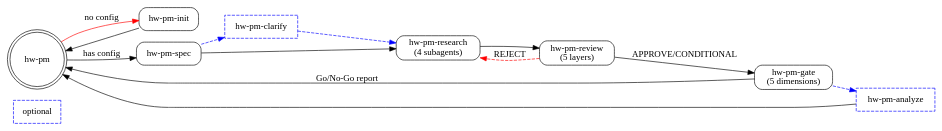
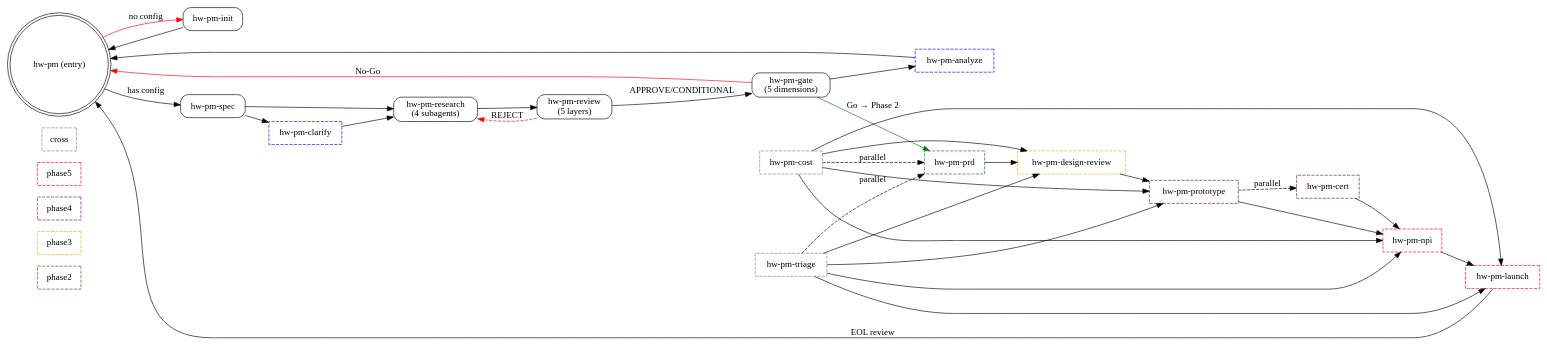
The diagram in README.md (visioner3d/hw-pm-skills), drawn with Graphviz before and after one commit. The commit also changed other lines of this file and 11 other files, not shown here.

````diff
--- a/README.md
+++ b/README.md
@@ -38,29 +46,60 @@
 ```dot
 digraph workflow {
     rankdir=LR;
     node [shape=box, style=rounded];
-    optional [style=dashed, color=blue];
+    phase2 [style=dashed, color=green];
+    phase3 [style=dashed, color=orange];
+    phase4 [style=dashed, color=purple];
+    phase5 [style=dashed, color=red];
+    cross [style=dashed, color=gray];
 
-    entry [label="hw-pm", shape=doublecircle];
+    entry [label="hw-pm (entry)", shape=doublecircle];
     init [label="hw-pm-init"];
     spec [label="hw-pm-spec"];
     clarify [label="hw-pm-clarify", style=dashed, color=blue];
     research [label="hw-pm-research\n(4 subagents)"];
     review [label="hw-pm-review\n(5 layers)"];
     gate [label="hw-pm-gate\n(5 dimensions)"];
     analyze [label="hw-pm-analyze", style=dashed, color=blue];
 
+    prd [label="hw-pm-prd", style=dashed, color=green];
+    design [label="hw-pm-design-review", style=dashed, color=orange];
+    proto [label="hw-pm-prototype", style=dashed, color=purple];
+    cert [label="hw-pm-cert", style=dashed, color=purple];
+    npi [label="hw-pm-npi", style=dashed, color=red];
+    launch [label="hw-pm-launch", style=dashed, color=red];
+    cost [label="hw-pm-cost", style=dashed, color=gray];
+    triage [label="hw-pm-triage", style=dashed, color=gray];
+
     entry -> init [label="no config", color=red];
     entry -> spec [label="has config"];
     init -> entry;
-    spec -> clarify [style=dashed, color=blue];
-    clarify -> research [style=dashed, color=blue];
+    spec -> clarify;
+    clarify -> research;
     spec -> research;
     research -> review;
     review -> research [label="REJECT", color=red, style=dashed];
     review -> gate [label="APPROVE/CONDITIONAL"];
-    gate -> analyze [style=dashed, color=blue];
-    gate -> entry [label="Go/No-Go report"];
+    gate -> analyze;
+    gate -> entry [label="No-Go", color=red];
+    gate -> prd [label="Go → Phase 2", color=green];
     analyze -> entry;
+    prd -> design;
+    design -> proto;
+    proto -> npi;
+    npi -> launch;
+    launch -> entry [label="EOL review"];
+    proto -> cert [style=dashed, label="parallel"];
+    cert -> npi;
+    cost -> prd [style=dashed, label="parallel"];
+    cost -> design;
+    cost -> proto;
+    cost -> npi;
+    cost -> launch;
+    triage -> prd [style=dashed, label="parallel"];
+    triage -> design;
+    triage -> proto;
+    triage -> npi;
+    triage -> launch;
 }
 ```
````
